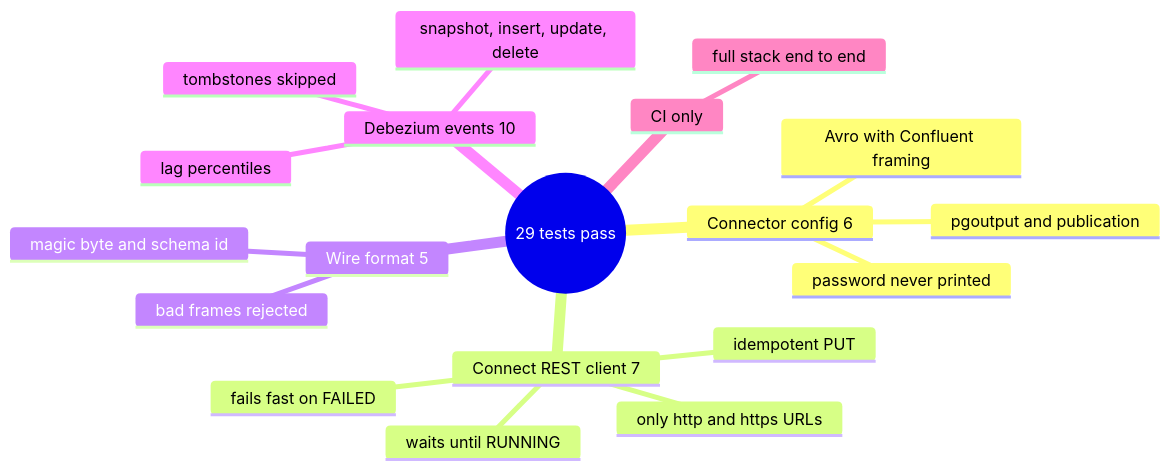
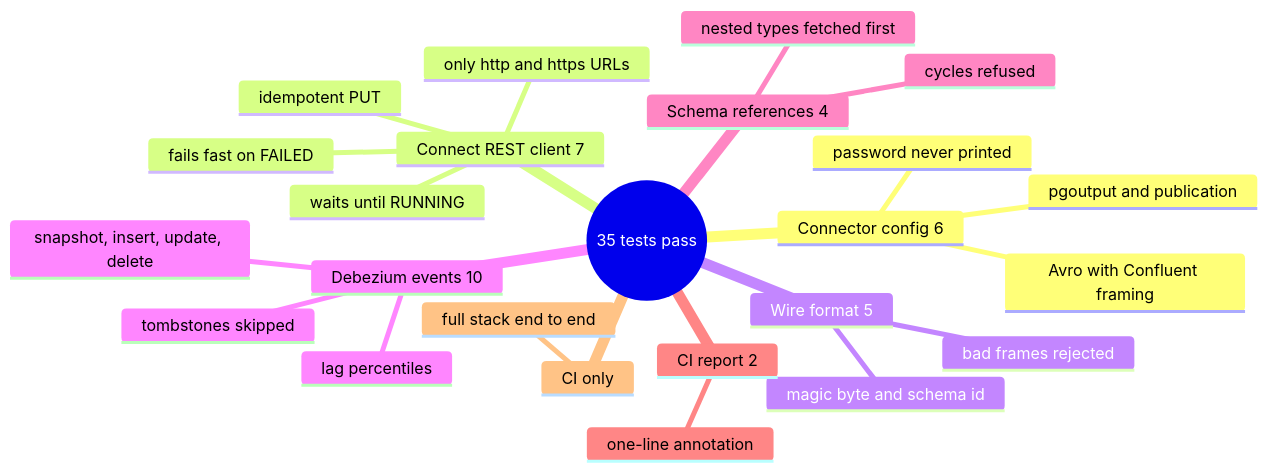
One commit to EquinoxWN/cdc-lakehouse changed the second of 2 diagrams in README.md. Above: the diagram before and after it, drawn with Mermaid. The commit also changed other lines of this file and 3 other files, not shown here.

````diff
--- a/README.md
+++ b/README.md
@@ -88,22 +100,27 @@
 ```mermaid
 mindmap
-  root((29 tests pass))
+  root((35 tests pass))
     Connector config 6
       pgoutput and publication
       Avro with Confluent framing
       password never printed
     Connect REST client 7
       idempotent PUT
       waits until RUNNING
       fails fast on FAILED
       only http and https URLs
     Wire format 5
       magic byte and schema id
       bad frames rejected
     Debezium events 10
       snapshot, insert, update, delete
       tombstones skipped
       lag percentiles
+    Schema references 4
+      nested types fetched first
+      cycles refused
+    CI report 2
+      one-line annotation
     CI only
       full stack end to end
 ```
````
